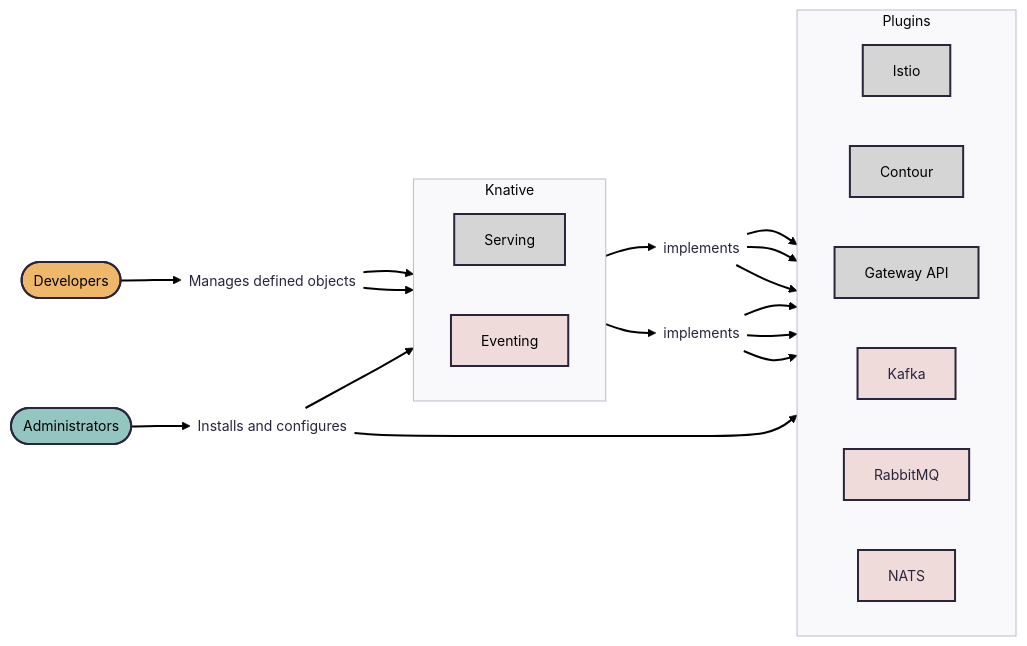
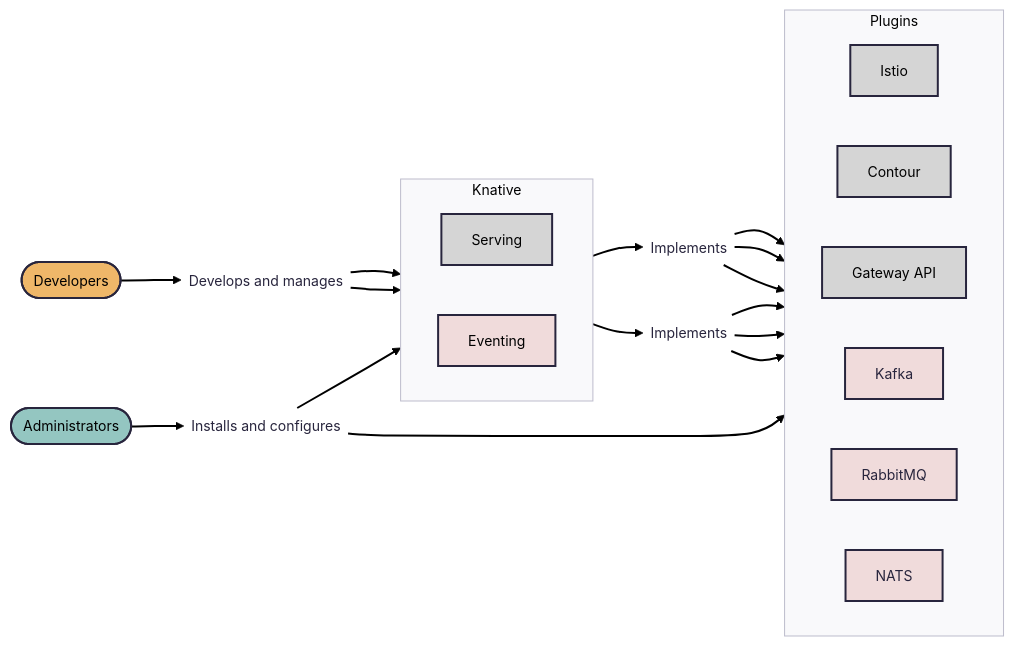
Before and after one commit to knative/docs: the diagram in docs/versioned/admin/admin-overview.md, drawn with Mermaid. The commit also changed other lines of this file, not shown here.

Commit message:
Update admin-overview.md
Updated intro and mermaid

````diff
--- a/docs/versioned/admin/admin-overview.md
+++ b/docs/versioned/admin/admin-overview.md
@@ -16,46 +16,49 @@
 ```mermaid
 ---
 config:
   theme: redux
   layout: dagre
   look: classic
 ---
 flowchart LR
  subgraph Knative["Knative"]
     direction LR
         Serving["Serving"]
         Eventing["Eventing"]
   end
  subgraph Plugins["Plugins"]
     direction LR
         net-istio["Istio"]
         net-contour["Contour"]
         net-gateway-api["Gateway API"]
         event-kafka["Kafka"]
         event-rabbitmq["RabbitMQ"]
         event-nats["NATS"]
   end
-    Dev(["Developers"]) --> dev-acts["Manages defined objects"]
+    Dev(["Developers"]) --> dev-acts["Develops and manages"]
     dev-acts --> Serving & Eventing
     Admin(["Administrators"]) --> admin-acts["Installs and configures"]
     admin-acts --> Knative & Plugins
-    Serving --> net-impl["implements"]
+    Serving --> net-impl["Implements"]
     net-impl --> net-istio & net-contour & net-gateway-api
-    Eventing --> event-impl["implements"]
+    Eventing --> event-impl["Implements"]
     event-impl --> event-kafka & event-rabbitmq & event-nats
     dev-acts@{ shape: text}
     admin-acts@{ shape: text}
     net-impl@{ shape: text}
     event-impl@{ shape: text}
     style Serving fill:#D5D5D5,color:#000000
     style Eventing fill:#F0DBDB,color:#000000
     style net-istio fill:#D5D5D5,color:#000000
     style net-contour fill:#D5D5D5,color:#000000
     style net-gateway-api fill:#D5D5D5,color:#000000
     style event-kafka fill:#F0DBDB
     style event-rabbitmq fill:#F0DBDB
     style event-nats fill:#F0DBDB
     style Dev fill:#EFB769,color:#000000
+    style dev-acts fill:transparent
     style Admin fill:#94C6C1,color:#000000
-
+    style admin-acts fill:transparent
+    style net-impl fill:transparent
+    style event-impl fill:transparent
 ```
````
